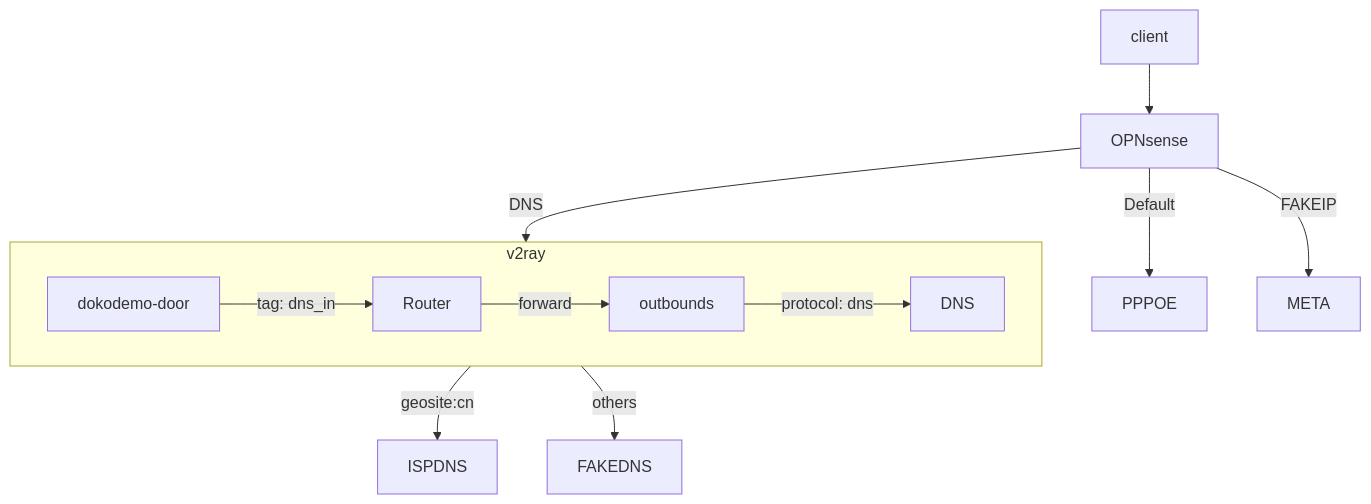
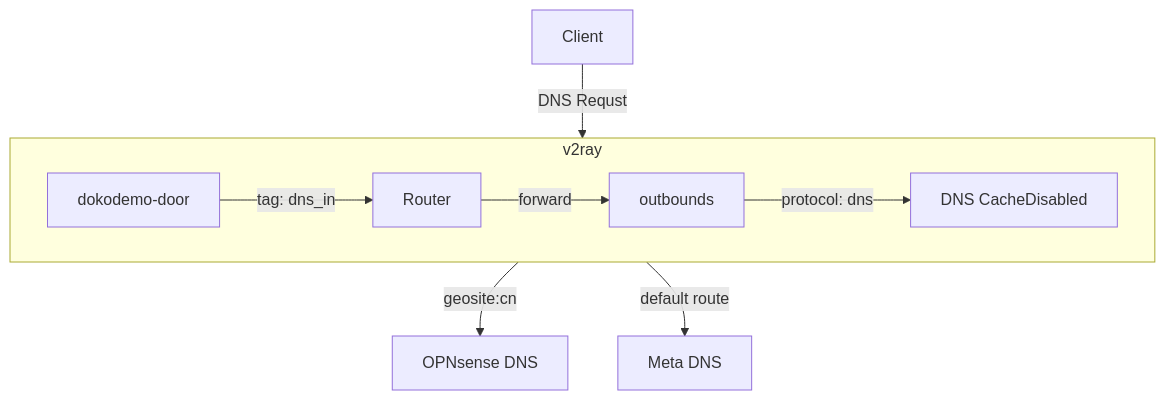
Before and after one commit to Quart233/gateway: the diagram in diagram.mermaid, drawn with Mermaid.

Commit message:
feat(mermaid): Update diagram

```diff
--- a/diagram.mermaid
+++ b/diagram.mermaid
@@ -1,14 +1,10 @@
 flowchart TD
 
-    client --> OPNsense
+    Client -->|DNS Requst| v2ray
 
     subgraph v2ray
-        inbounds[dokodemo-door] -->|tag: dns_in| Router -->|forward| outbounds -->|protocol: dns| DNS
+        inbounds[dokodemo-door] -->|tag: dns_in| Router -->|forward| outbounds -->|protocol: dns| DNS[DNS CacheDisabled]
     end
 
-    v2ray -->|geosite:cn| ISPDNS
-    v2ray -->|others| FAKEDNS
-
-    OPNsense -->|Default| PPPOE
-    OPNsense -->|FAKEIP| META
-    OPNsense -->|DNS| v2ray
+    v2ray -->|geosite:cn| Unbound[OPNsense DNS]
+    v2ray -->|default route| FAKEDNS[Meta DNS]
```
